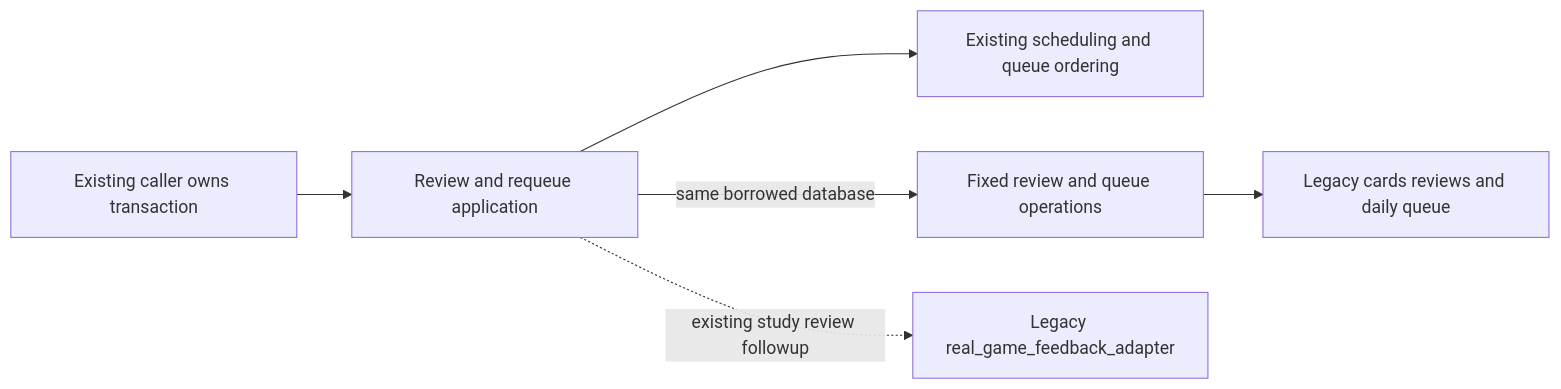
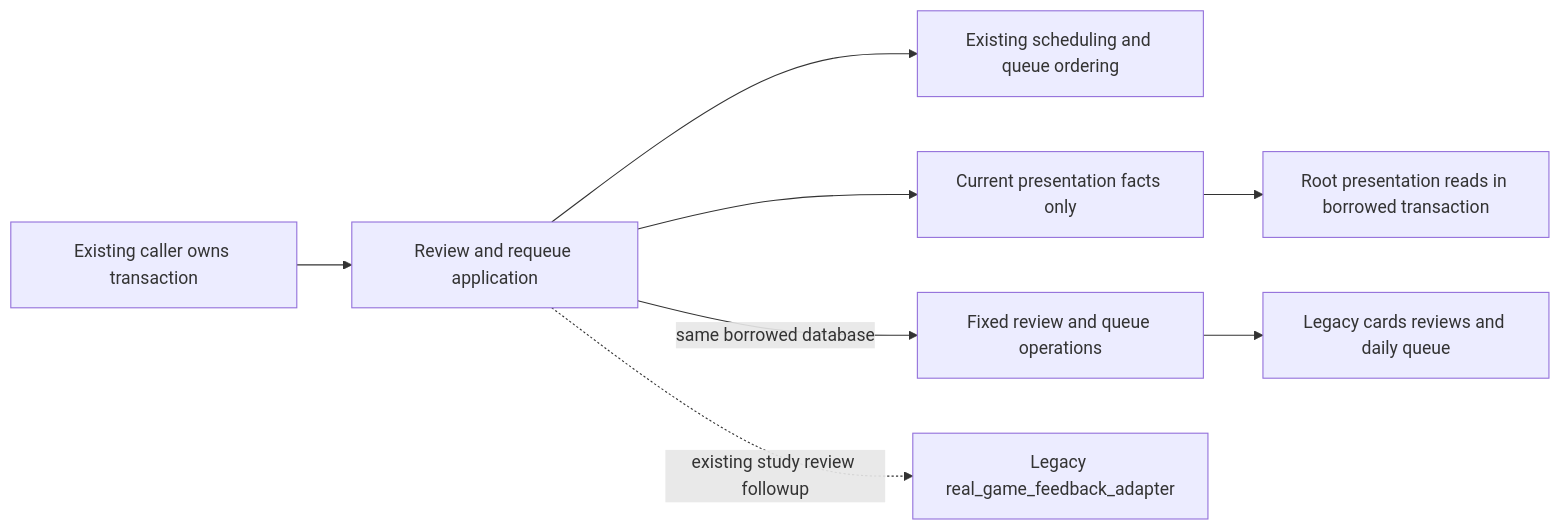
The diagram in database/tempo_legacy_database/adapters/study/review/README.md (aaweaver-actuary/tempo), drawn with Mermaid before and after one commit. The commit also changed other lines of this file and 8 other files, not shown here.

````diff
--- a/database/tempo_legacy_database/adapters/study/review/README.md
+++ b/database/tempo_legacy_database/adapters/study/review/README.md
@@ -8,8 +8,10 @@
 ```mermaid
 flowchart LR
   caller[Existing caller owns transaction] --> app[Review and requeue application]
   app --> policy[Existing scheduling and queue ordering]
+  app --> projection[Current presentation facts only]
+  projection --> facts[Root presentation reads in borrowed transaction]
   app -->|same borrowed database| storage[Fixed review and queue operations]
   storage --> database[Legacy cards reviews and daily queue]
   app -. existing study review followup .-> feedback[Legacy real_game_feedback_adapter]
 ```
````
